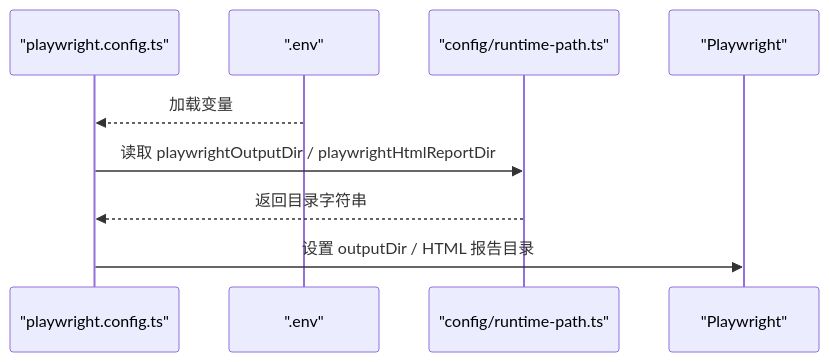
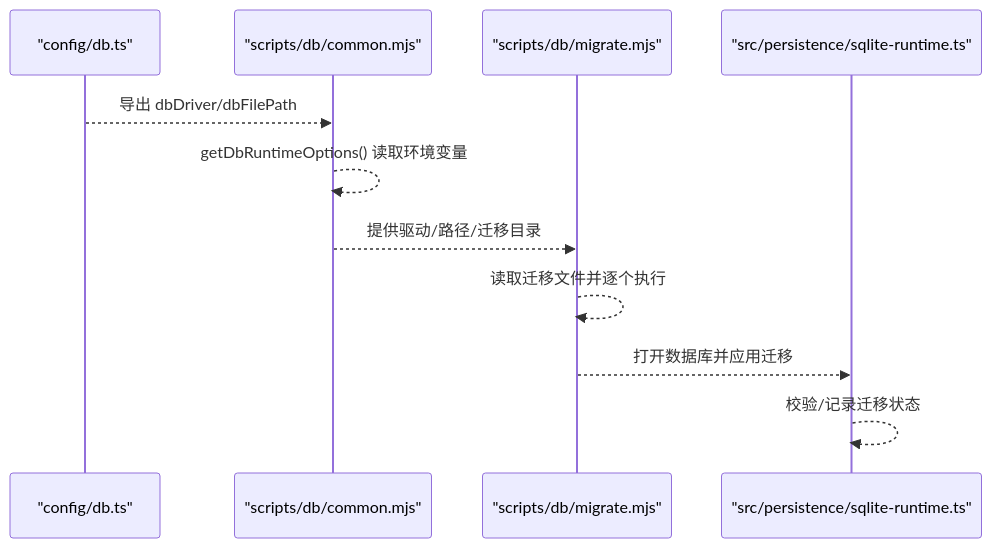
Before and after one commit to Jiane-EJ/playwright-mind: the fourth of 6 diagrams in .qoder/repowiki/zh/content/配置管理系统/环境变量管理.md, drawn with Mermaid. The commit also changed other lines of this file and 151 other files, not shown here.

````diff
--- a/.qoder/repowiki/zh/content/配置管理系统/环境变量管理.md
+++ b/.qoder/repowiki/zh/content/配置管理系统/环境变量管理.md
@@ -175,11 +186,13 @@
 ```mermaid
 sequenceDiagram
-participant PWC as "playwright.config.ts"
-participant ENV as ".env"
-participant RTP as "config/runtime-path.ts"
-participant PW as "Playwright"
-ENV-->>PWC : 加载变量
-PWC->>RTP : 读取 playwrightOutputDir / playwrightHtmlReportDir
-RTP-->>PWC : 返回目录字符串
-PWC->>PW : 设置 outputDir / HTML 报告目录
+participant C as "config/db.ts"
+participant S as "scripts/db/common.mjs"
+participant M as "scripts/db/migrate.mjs"
+participant P as "src/persistence/sqlite-runtime.ts"
+C-->>S : 导出 dbDriver/dbFilePath
+S-->>S : getDbRuntimeOptions() 读取环境变量
+S-->>M : 提供驱动/路径/迁移目录
+M-->>M : 读取迁移文件并逐个执行
+M-->>P : 打开数据库并应用迁移
+P-->>P : 校验/记录迁移状态
 ```
````
